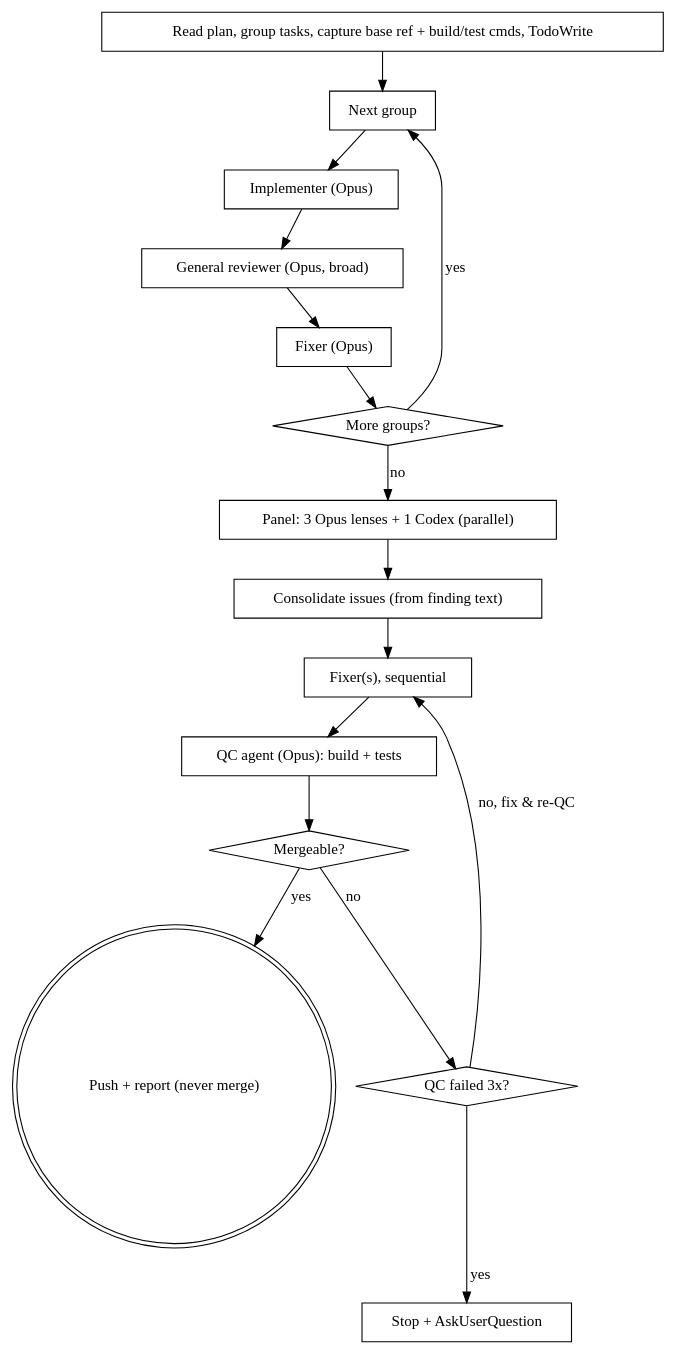
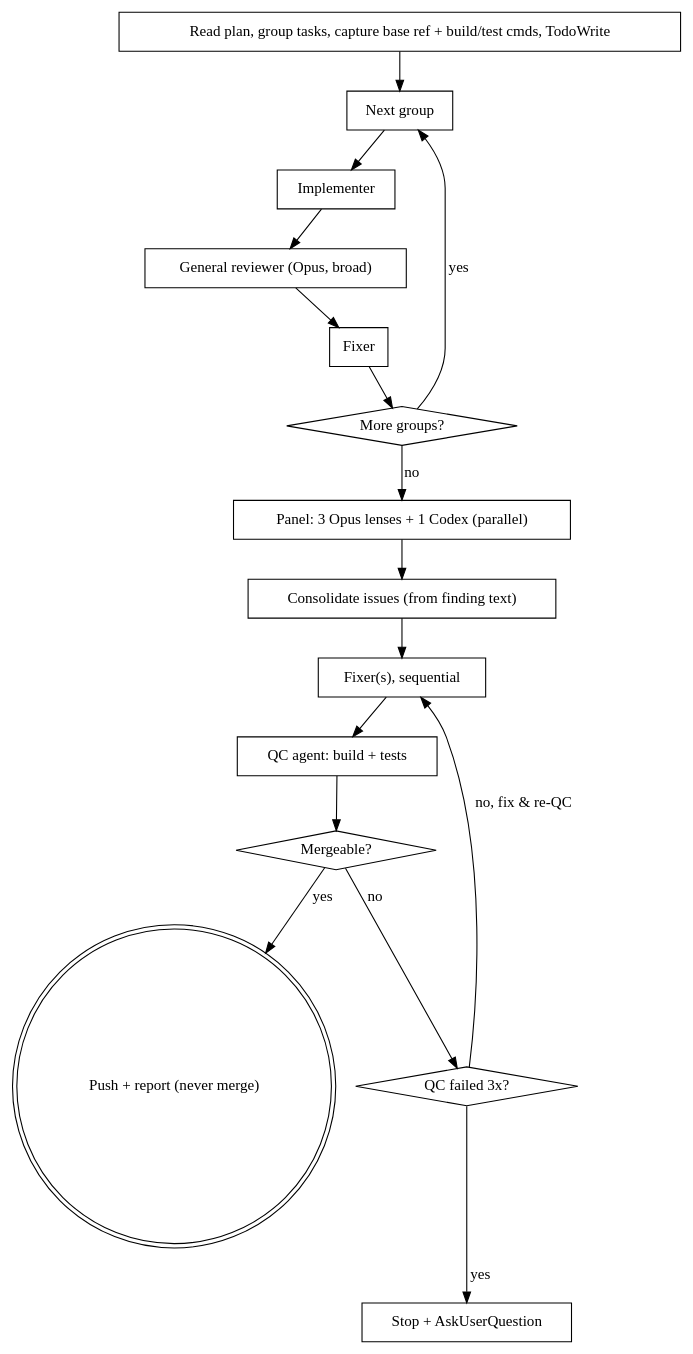
The diagram in skills/maestro/SKILL.md (PythonShe/Repertoire), drawn with Graphviz before and after one commit. The commit also changed other lines of this file and 21 other files, not shown here.

First line of the commit message:
feat: support Fable via a two-tier model policy — build seats inherit the session, reviewers pinned to Opus

````diff
--- a/skills/maestro/SKILL.md
+++ b/skills/maestro/SKILL.md
@@ -52,29 +57,29 @@
 ```dot
 digraph maestro {
     rankdir=TB;
     "Read plan, group tasks, capture base ref + build/test cmds, TodoWrite" [shape=box];
     "Next group" [shape=box];
-    "Implementer (Opus)" [shape=box];
+    "Implementer" [shape=box];
     "General reviewer (Opus, broad)" [shape=box];
-    "Fixer (Opus)" [shape=box];
+    "Fixer" [shape=box];
     "More groups?" [shape=diamond];
     "Panel: 3 Opus lenses + 1 Codex (parallel)" [shape=box];
     "Consolidate issues (from finding text)" [shape=box];
     "Fixer(s), sequential" [shape=box];
-    "QC agent (Opus): build + tests" [shape=box];
+    "QC agent: build + tests" [shape=box];
     "Mergeable?" [shape=diamond];
     "QC failed 3x?" [shape=diamond];
     "Push + report (never merge)" [shape=doublecircle];
     "Stop + AskUserQuestion" [shape=box];
 
     "Read plan, group tasks, capture base ref + build/test cmds, TodoWrite" -> "Next group";
-    "Next group" -> "Implementer (Opus)" -> "General reviewer (Opus, broad)" -> "Fixer (Opus)" -> "More groups?";
+    "Next group" -> "Implementer" -> "General reviewer (Opus, broad)" -> "Fixer" -> "More groups?";
     "More groups?" -> "Next group" [label="yes"];
     "More groups?" -> "Panel: 3 Opus lenses + 1 Codex (parallel)" [label="no"];
-    "Panel: 3 Opus lenses + 1 Codex (parallel)" -> "Consolidate issues (from finding text)" -> "Fixer(s), sequential" -> "QC agent (Opus): build + tests" -> "Mergeable?";
+    "Panel: 3 Opus lenses + 1 Codex (parallel)" -> "Consolidate issues (from finding text)" -> "Fixer(s), sequential" -> "QC agent: build + tests" -> "Mergeable?";
     "Mergeable?" -> "Push + report (never merge)" [label="yes"];
     "Mergeable?" -> "QC failed 3x?" [label="no"];
     "QC failed 3x?" -> "Stop + AskUserQuestion" [label="yes"];
     "QC failed 3x?" -> "Fixer(s), sequential" [label="no, fix & re-QC"];
 }
 ```
````
